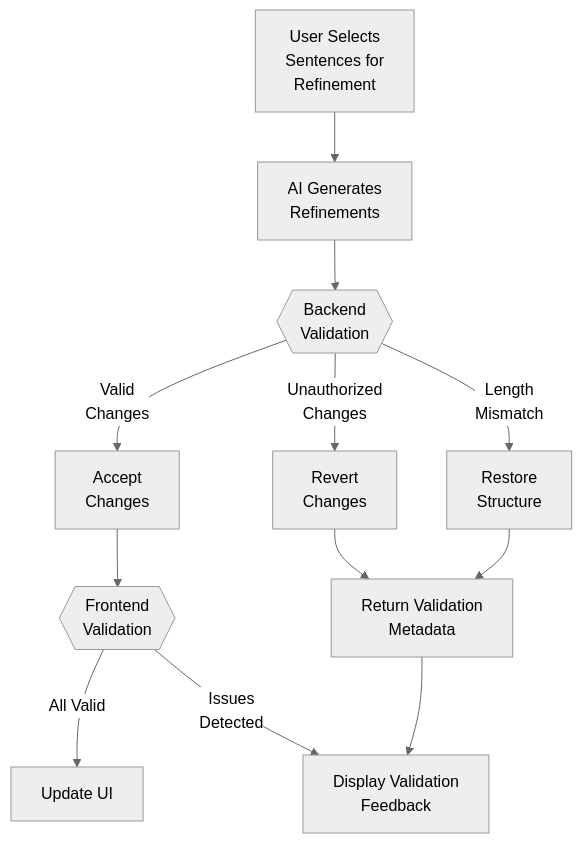
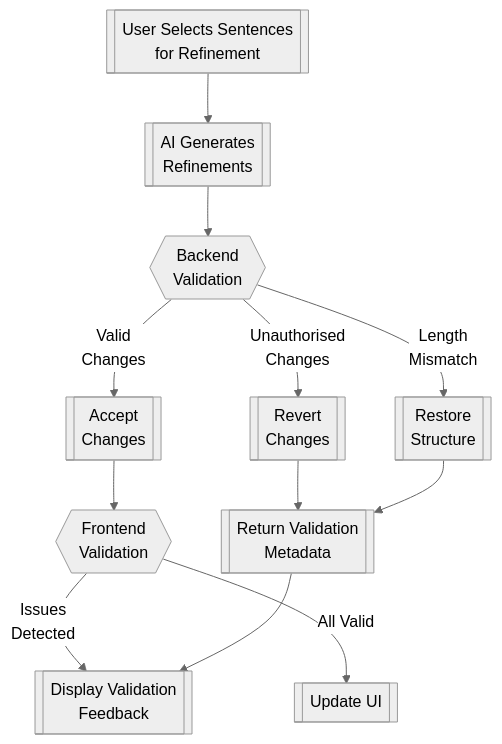
The fifth of 7 diagrams in project-presentation.md (abhivir-42/marketing-app-ad-gen), drawn with Mermaid (neutral theme) before and after one commit. The commit also changed other lines of this file and 1 other file, not shown here.

Commit message:
Feat: Enhance project diagrams

````diff
--- a/project-presentation.md
+++ b/project-presentation.md
@@ -329,19 +340,14 @@
 ```mermaid
 flowchart TD
-    A["User Selects\nSentences for\nRefinement"] --> B["AI Generates\nRefinements"]
-    
-    B --> C{{"Backend\nValidation"}}
-    
-    C -->|"Valid\nChanges"| F["Accept\nChanges"]
-    C -->|"Unauthorized\nChanges"| D["Revert\nChanges"]
-    C -->|"Length\nMismatch"| E["Restore\nStructure"]
-    
-    F --> G{{"Frontend\nValidation"}}
-    
-    G -->|"All Valid"| H["Update UI"]
-    G -->|"Issues\nDetected"| I["Display Validation\nFeedback"]
-    
-    D --> J["Return Validation\nMetadata"]
+    A[["User Selects Sentences<br>for Refinement"]] --> B[["AI Generates<br>Refinements"]]
+    B --> C{{"Backend<br>Validation"}}
+    C -->|"Unauthorised<br>Changes"| D[["Revert<br>Changes"]]
+    C -->|"Length<br>Mismatch"| E[["Restore<br>Structure"]]
+    C -->|"Valid<br>Changes"| F[["Accept<br>Changes"]]
+    F --> G{{"Frontend<br>Validation"}}
+    G -->|"All Valid"| H[["Update UI"]]
+    G -->|"Issues<br>Detected"| I[["Display Validation<br>Feedback"]]
+    D --> J[["Return Validation<br>Metadata"]]
     E --> J
     J --> I
 ```
````
